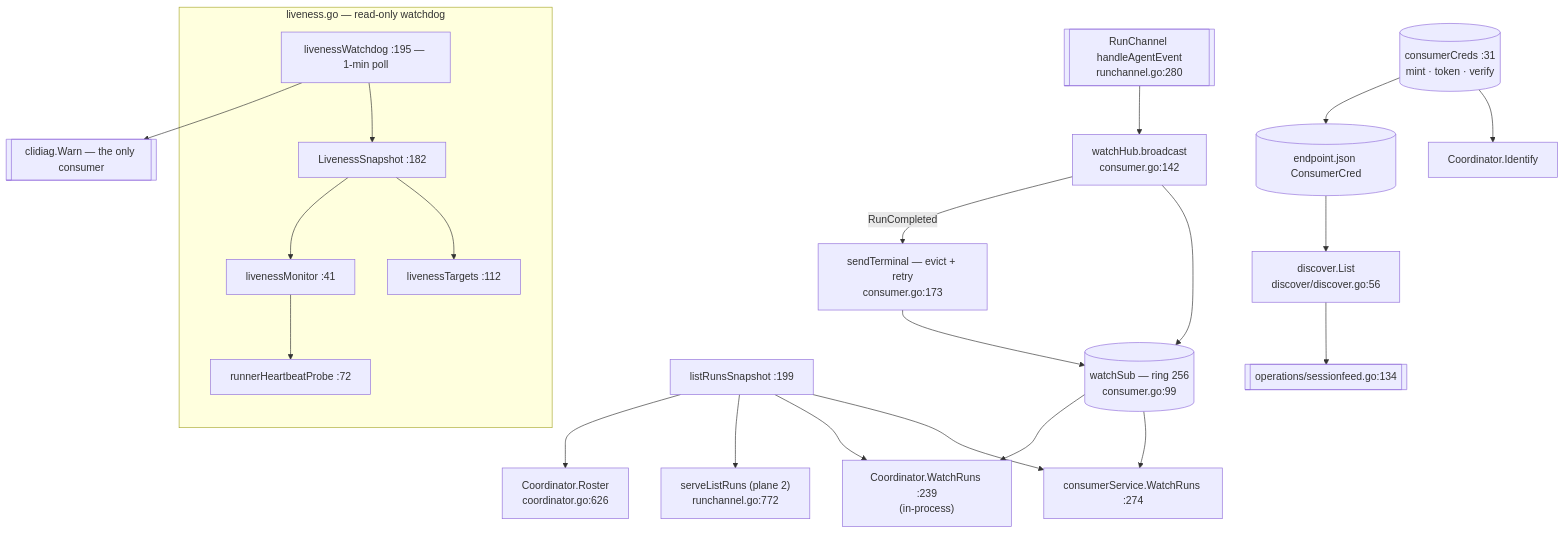
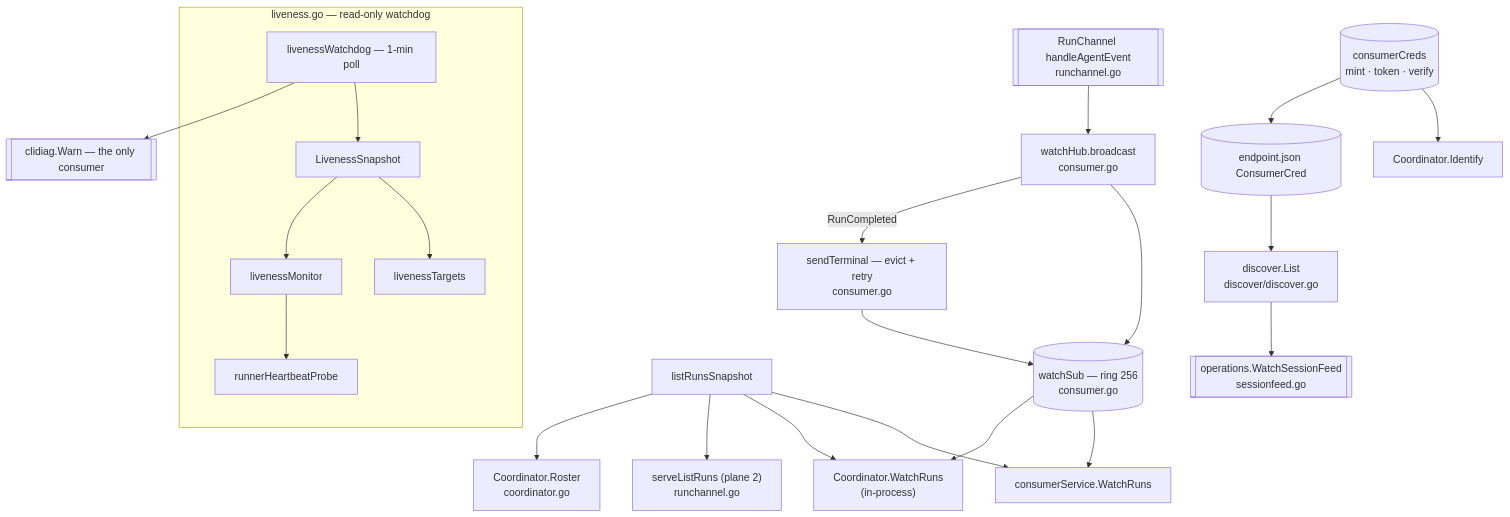
The diagram in docs/architecture/agentcoord/observation.md (ctxloom/ctxloom), drawn with Mermaid before and after one commit. The commit also changed other lines of this file and 9 other files, not shown here.

First line of the commit message:
docs(agentcoord): cite by symbol, not file:line; bus graph names the runner's turn report

````diff
--- a/docs/architecture/agentcoord/observation.md
+++ b/docs/architecture/agentcoord/observation.md
@@ -10,27 +10,27 @@
 ```mermaid
 flowchart TD
-  RCH[["RunChannel handleAgentEvent<br/>runchannel.go:280"]] --> BC["watchHub.broadcast<br/>consumer.go:142"]
-  BC --> SUB[("watchSub — ring 256<br/>consumer.go:99")]
-  BC -->|RunCompleted| STM["sendTerminal — evict + retry<br/>consumer.go:173"]
+  RCH[["RunChannel handleAgentEvent<br/>runchannel.go"]] --> BC["watchHub.broadcast<br/>consumer.go"]
+  BC --> SUB[("watchSub — ring 256<br/>consumer.go")]
+  BC -->|RunCompleted| STM["sendTerminal — evict + retry<br/>consumer.go"]
   STM --> SUB
-  SUB --> CSVC["consumerService.WatchRuns :274"]
-  SUB --> IW["Coordinator.WatchRuns :239<br/>(in-process)"]
-  LRS["listRunsSnapshot :199"] --> CSVC
+  SUB --> CSVC["consumerService.WatchRuns"]
+  SUB --> IW["Coordinator.WatchRuns<br/>(in-process)"]
+  LRS["listRunsSnapshot"] --> CSVC
   LRS --> IW
-  LRS --> P2["serveListRuns (plane 2)<br/>runchannel.go:772"]
-  LRS --> ROSTER["Coordinator.Roster<br/>coordinator.go:626"]
-  CC[("consumerCreds :31<br/>mint · token · verify")] --> ID["Coordinator.Identify"]
+  LRS --> P2["serveListRuns (plane 2)<br/>runchannel.go"]
+  LRS --> ROSTER["Coordinator.Roster<br/>coordinator.go"]
+  CC[("consumerCreds<br/>mint · token · verify")] --> ID["Coordinator.Identify"]
   CC --> EP[("endpoint.json ConsumerCred")]
-  EP --> DISC["discover.List<br/>discover/discover.go:56"]
-  DISC --> FEED[["operations/sessionfeed.go:134"]]
+  EP --> DISC["discover.List<br/>discover/discover.go"]
+  DISC --> FEED[["operations.WatchSessionFeed<br/>sessionfeed.go"]]
   subgraph live["liveness.go — read-only watchdog"]
-    LW["livenessWatchdog :195 — 1-min poll"]
-    LS["LivenessSnapshot :182"]
-    LT["livenessTargets :112"]
-    LM["livenessMonitor :41"]
-    RHP["runnerHeartbeatProbe :72"]
+    LW["livenessWatchdog — 1-min poll"]
+    LS["LivenessSnapshot"]
+    LT["livenessTargets"]
+    LM["livenessMonitor"]
+    RHP["runnerHeartbeatProbe"]
     LW --> LS --> LT
     LS --> LM --> RHP
   end
   LW --> WARN[["clidiag.Warn — the only consumer"]]
 ```
````
